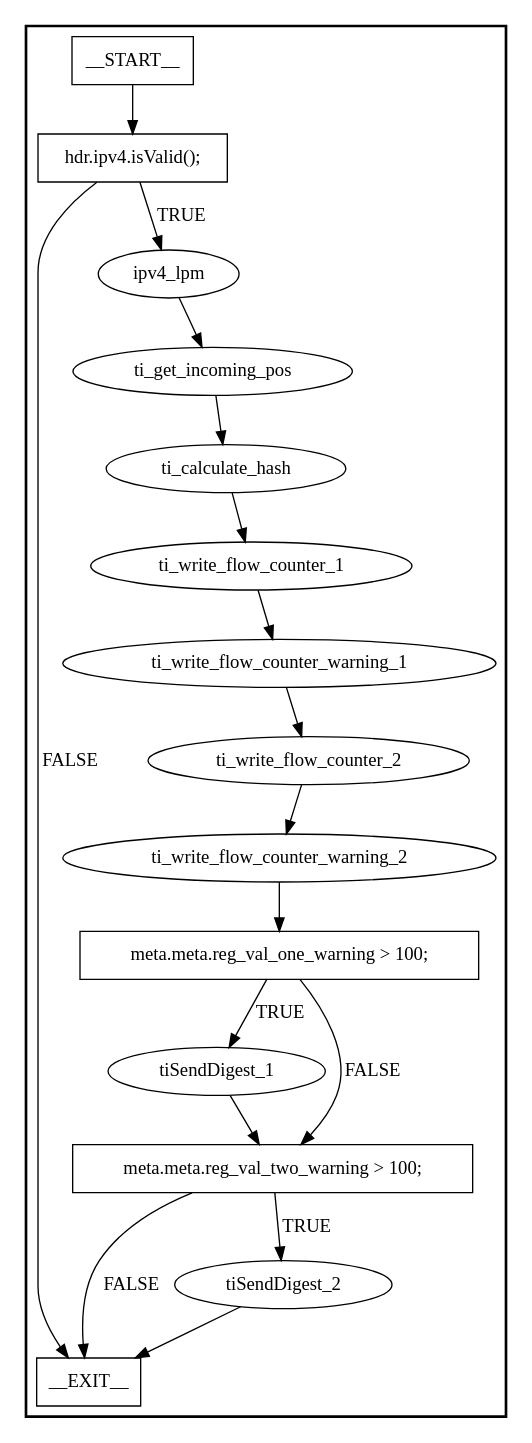
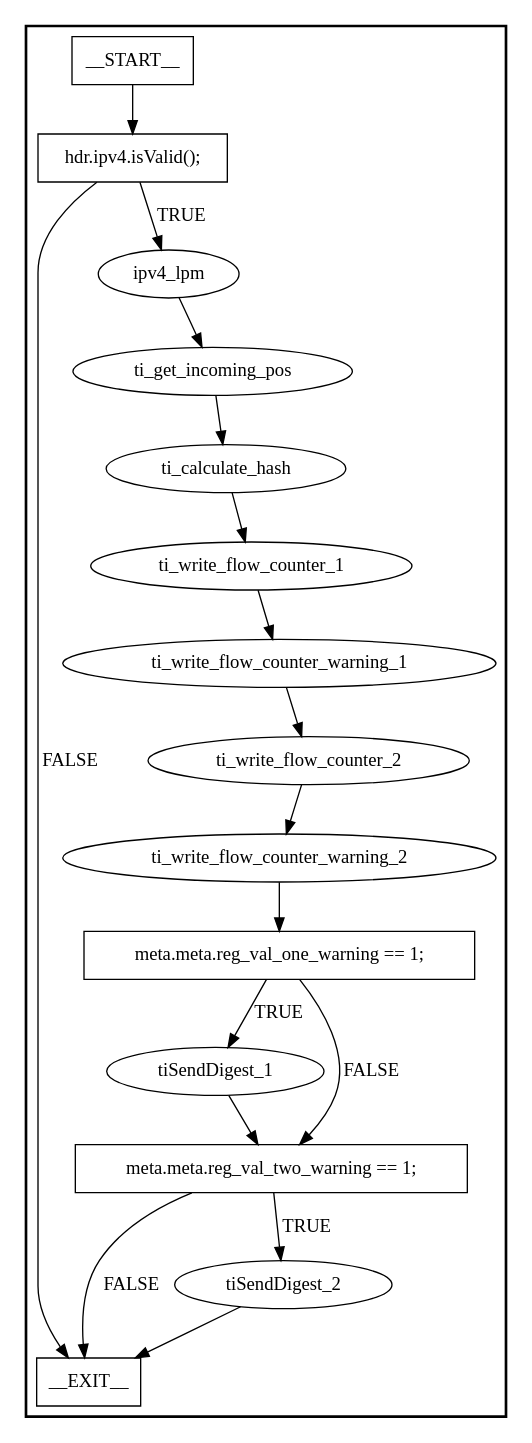
The diagram in instrumentation/mvbl/context_dot_cache/dos_defense/ingress.dot (eniac/FP4), drawn with Graphviz before and after one commit. The commit also changed 7 other files, not shown here.

```diff
--- a/instrumentation/mvbl/context_dot_cache/dos_defense/ingress.dot
+++ b/instrumentation/mvbl/context_dot_cache/dos_defense/ingress.dot
@@ -1,36 +1,36 @@
 digraph ingress {
 subgraph cluster {
 graph [
 label="", labeljust=r, style=bold];
 0[label=__START__, margin="", shape=rectangle, style=solid];
 1[label=__EXIT__, margin="", shape=rectangle, style=solid];
 2[label="hdr.ipv4.isValid();", margin="", shape=rectangle, style=solid];
 3[label=ipv4_lpm, margin="", shape=ellipse, style=solid];
 4[label=ti_get_incoming_pos, margin="", shape=ellipse, style=solid];
 5[label=ti_calculate_hash, margin="", shape=ellipse, style=solid];
 6[label=ti_write_flow_counter_1, margin="", shape=ellipse, style=solid];
 7[label=ti_write_flow_counter_warning_1, margin="", shape=ellipse, style=solid];
 8[label=ti_write_flow_counter_2, margin="", shape=ellipse, style=solid];
 9[label=ti_write_flow_counter_warning_2, margin="", shape=ellipse, style=solid];
-10[label="meta.meta.reg_val_one_warning > 100;", margin="", shape=rectangle, style=solid];
+10[label="meta.meta.reg_val_one_warning == 1;", margin="", shape=rectangle, style=solid];
 11[label=tiSendDigest_1, margin="", shape=ellipse, style=solid];
-12[label="meta.meta.reg_val_two_warning > 100;", margin="", shape=rectangle, style=solid];
+12[label="meta.meta.reg_val_two_warning == 1;", margin="", shape=rectangle, style=solid];
 13[label=tiSendDigest_2, margin="", shape=ellipse, style=solid];
 0 -> 2[label=""];
 2 -> 3[label=TRUE];
 2 -> 1[label=FALSE];
 3 -> 4[label=""];
 4 -> 5[label=""];
 5 -> 6[label=""];
 6 -> 7[label=""];
 7 -> 8[label=""];
 8 -> 9[label=""];
 9 -> 10[label=""];
 10 -> 11[label=TRUE];
 10 -> 12[label=FALSE];
 11 -> 12[label=""];
 12 -> 13[label=TRUE];
 12 -> 1[label=FALSE];
 13 -> 1[label=""];
 }
 }
```
